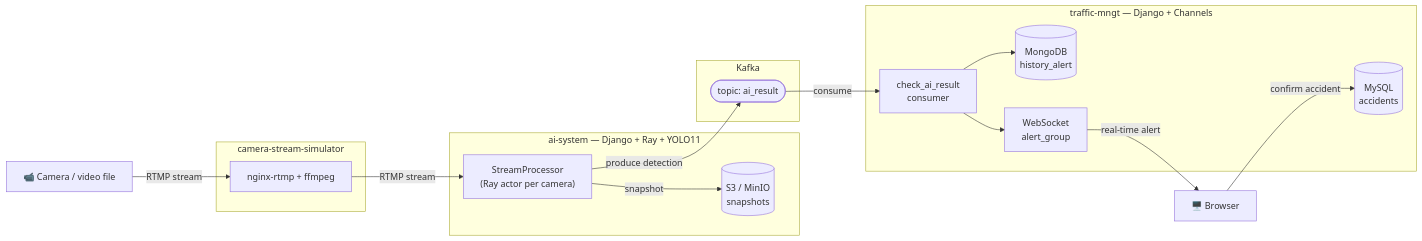
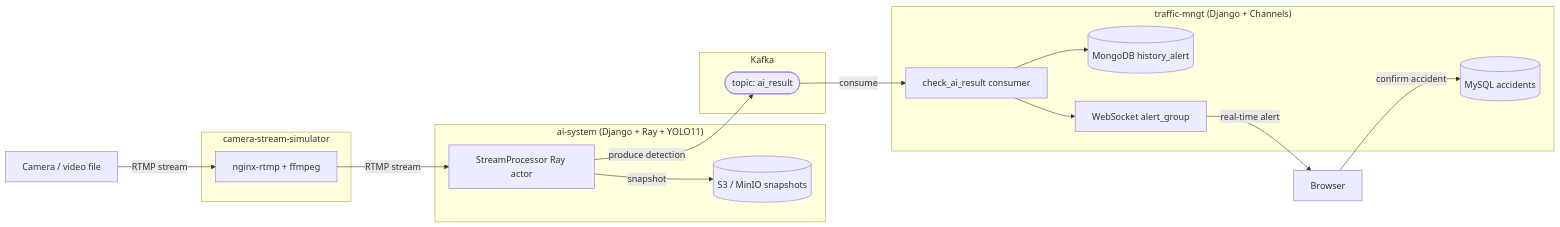
One commit to K1ethoang/Surveillance-Camera-System changed the diagram in README.md. Above: the diagram before and after it, drawn with Mermaid.

Commit message:
docs: fix Mermaid diagram syntax for GitHub rendering

````diff
--- a/README.md
+++ b/README.md
@@ -14,36 +14,36 @@
 ```mermaid
 flowchart LR
-    CAM["📹 Camera / video file"]
+    CAM["Camera / video file"]
 
     subgraph SIM["camera-stream-simulator"]
         RTMP["nginx-rtmp + ffmpeg"]
     end
 
-    subgraph AI["ai-system — Django + Ray + YOLO11"]
-        SP["StreamProcessor\n(Ray actor per camera)"]
-        S3[("S3 / MinIO\nsnapshots")]
+    subgraph AI["ai-system (Django + Ray + YOLO11)"]
+        SP["StreamProcessor Ray actor"]
+        S3[("S3 / MinIO snapshots")]
     end
 
     subgraph MB["Kafka"]
         TOPIC(["topic: ai_result"])
     end
 
-    subgraph MNGT["traffic-mngt — Django + Channels"]
-        CONSUMER["check_ai_result\nconsumer"]
-        MONGO[("MongoDB\nhistory_alert")]
-        MYSQL[("MySQL\naccidents")]
-        WS["WebSocket\nalert_group"]
+    subgraph MNGT["traffic-mngt (Django + Channels)"]
+        CONSUMER["check_ai_result consumer"]
+        MONGO[("MongoDB history_alert")]
+        MYSQL[("MySQL accidents")]
+        WS["WebSocket alert_group"]
     end
 
-    BROWSER["🖥️ Browser"]
+    BROWSER["Browser"]
 
-    CAM -- "RTMP stream" --> RTMP
-    RTMP -- "RTMP stream" --> SP
-    SP -- "snapshot" --> S3
-    SP -- "produce detection" --> TOPIC
-    TOPIC -- "consume" --> CONSUMER
+    CAM -->|RTMP stream| RTMP
+    RTMP -->|RTMP stream| SP
+    SP -->|snapshot| S3
+    SP -->|produce detection| TOPIC
+    TOPIC -->|consume| CONSUMER
     CONSUMER --> MONGO
     CONSUMER --> WS
-    WS -- "real-time alert" --> BROWSER
-    BROWSER -- "confirm accident" --> MYSQL
+    WS -->|real-time alert| BROWSER
+    BROWSER -->|confirm accident| MYSQL
 ```
````
